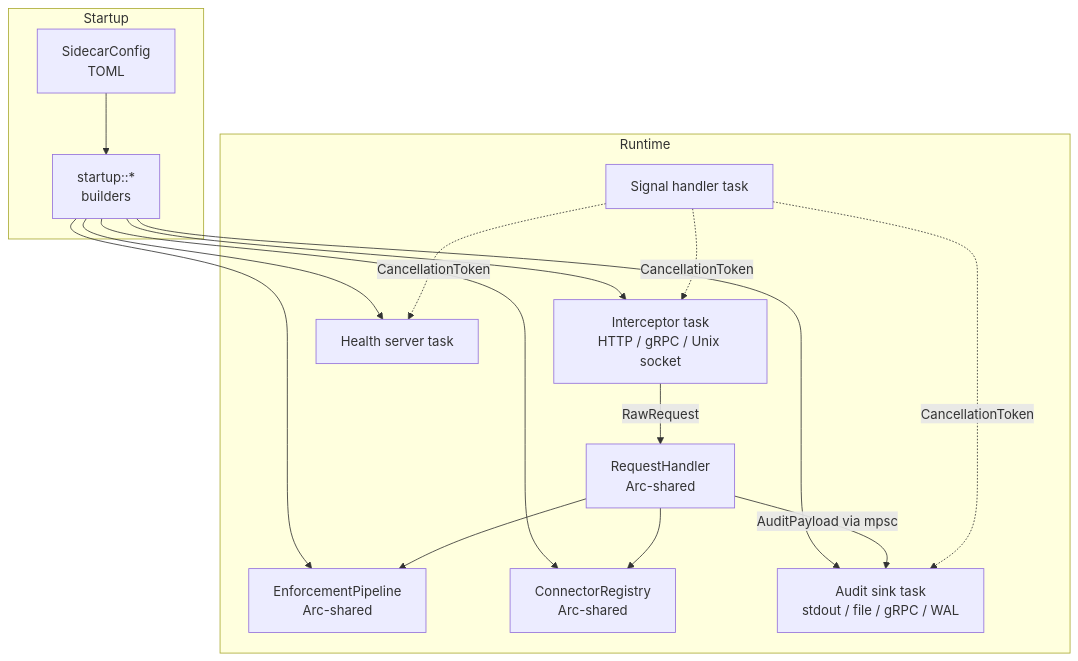
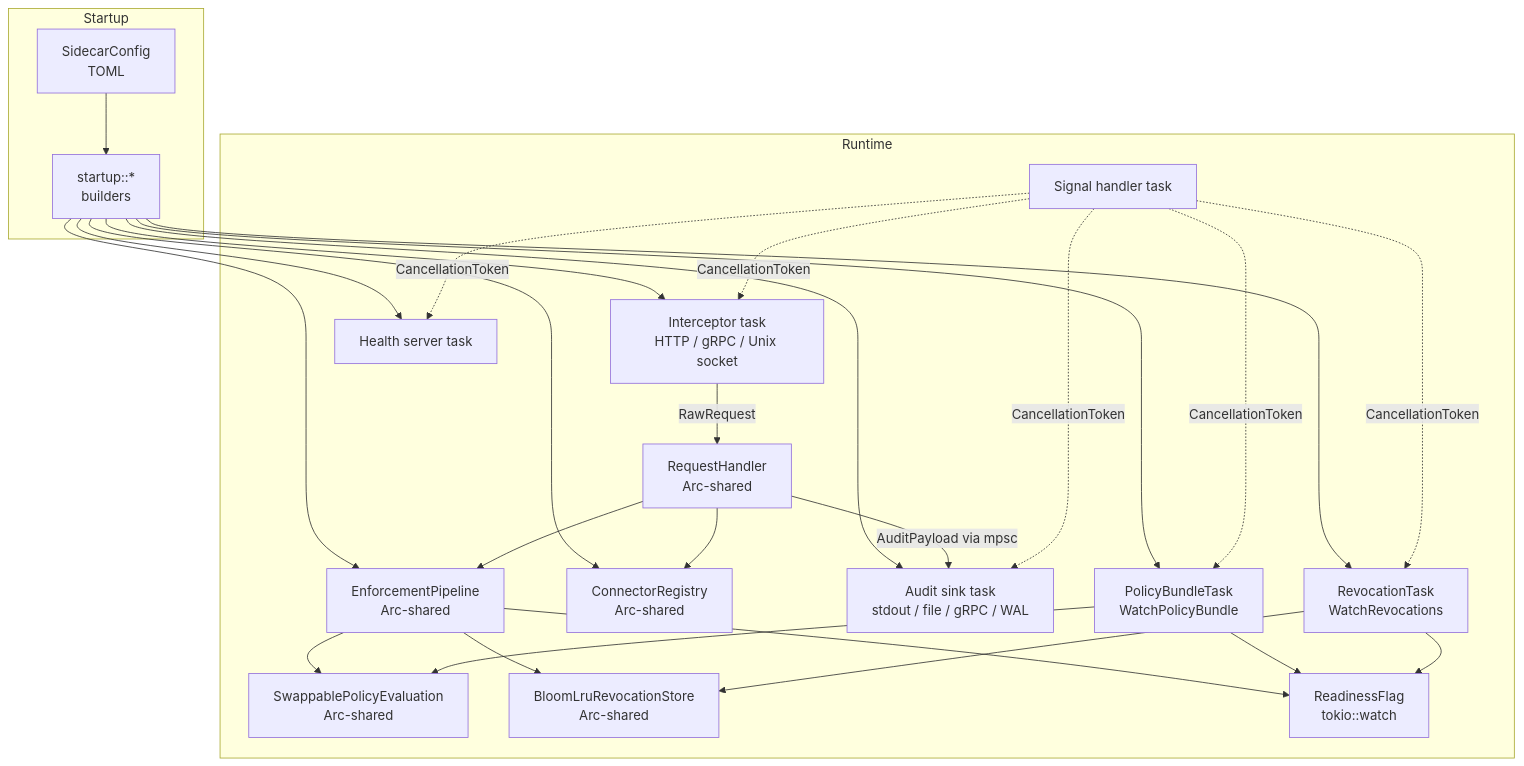
The second of 10 diagrams in docs/architecture/sidecar-overview.md (Firma-AI/openfirma), drawn with Mermaid before and after one commit. The commit also changed other lines of this file and 26 other files, not shown here.

````diff
--- a/docs/architecture/sidecar-overview.md
+++ b/docs/architecture/sidecar-overview.md
@@ -58,32 +60,48 @@
 ```mermaid
 graph TB
     subgraph Startup
         cfg[SidecarConfig<br/>TOML]
         builders[startup::*<br/>builders]
         cfg --> builders
     end
 
     subgraph Runtime
         interceptor[Interceptor task<br/>HTTP / gRPC / Unix socket]
         handler[RequestHandler<br/>Arc-shared]
         pipeline[EnforcementPipeline<br/>Arc-shared]
         connreg[ConnectorRegistry<br/>Arc-shared]
         sink[Audit sink task<br/>stdout / file / gRPC / WAL]
         health[Health server task]
         sig[Signal handler task]
+        pbtask[PolicyBundleTask<br/>WatchPolicyBundle]
+        rvtask[RevocationTask<br/>WatchRevocations]
+        swap[SwappablePolicyEvaluation<br/>Arc-shared]
+        rev[BloomLruRevocationStore<br/>Arc-shared]
+        ready[ReadinessFlag<br/>tokio::watch]
     end
 
     builders --> interceptor
     builders --> pipeline
     builders --> connreg
     builders --> sink
     builders --> health
+    builders --> pbtask
+    builders --> rvtask
 
     interceptor -->|RawRequest| handler
     handler --> pipeline
     handler --> connreg
     handler -->|AuditPayload via mpsc| sink
+    pipeline --> swap
+    pipeline --> rev
+    pipeline --> ready
+    pbtask --> swap
+    pbtask --> ready
+    rvtask --> rev
+    rvtask --> ready
     sig -.->|CancellationToken| interceptor
     sig -.->|CancellationToken| sink
     sig -.->|CancellationToken| health
+    sig -.->|CancellationToken| pbtask
+    sig -.->|CancellationToken| rvtask
 ```
````
